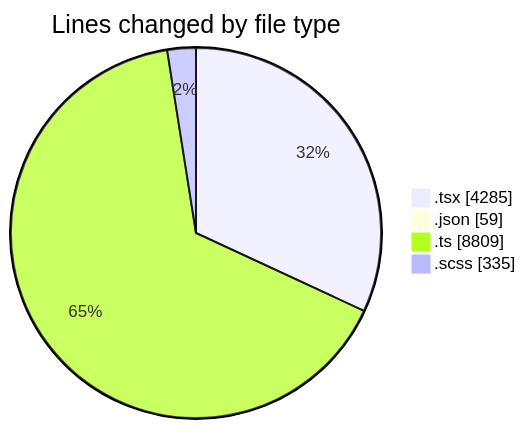
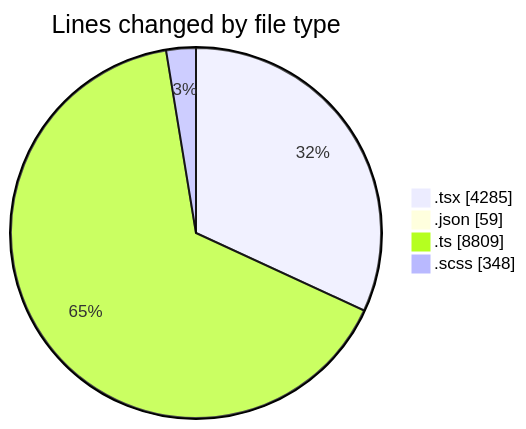
The first of 2 diagrams in 2025-11-24/cda/README.md (momahboobian/code-tracking), drawn with Mermaid before and after one commit. The commit also changed other lines of this file and 1 other file, not shown here.

````diff
--- a/2025-11-24/cda/README.md
+++ b/2025-11-24/cda/README.md
@@ -35,8 +35,8 @@
 ```mermaid
 pie showData
 title Lines changed by file type
 ".tsx" : 4285
 ".json" : 59
 ".ts" : 8809
-".scss" : 335
+".scss" : 348
 ```
````
